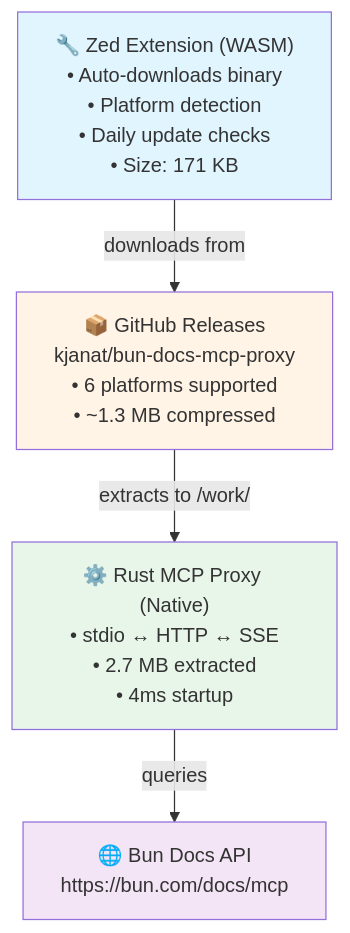
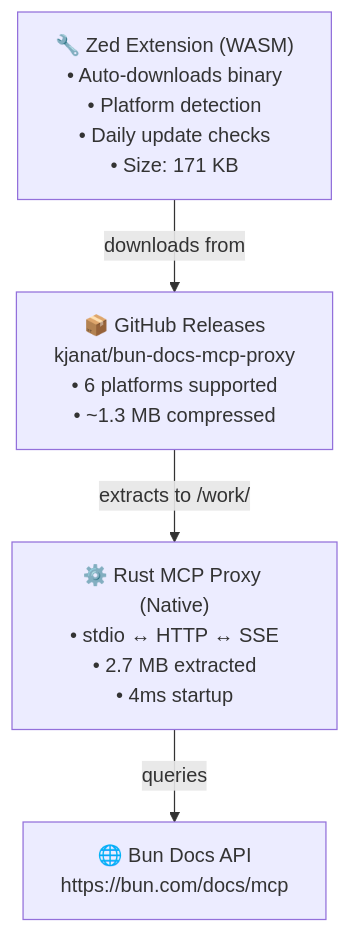
One commit to kjanat/bun-docs-mcp-zed changed the diagram in README.md. Above: the diagram before and after it, drawn with Mermaid. The commit also changed other lines of this file, not shown here.

````diff
--- a/README.md
+++ b/README.md
@@ -58,16 +61,11 @@
 ```mermaid
 flowchart TD
     A["🔧 Zed Extension (WASM)<br/>• Auto-downloads binary<br/>• Platform detection<br/>• Daily update checks<br/>• Size: 171 KB"]
     B["📦 GitHub Releases<br/>kjanat/bun-docs-mcp-proxy<br/>• 6 platforms supported<br/>• ~1.3 MB compressed"]
     C["⚙️ Rust MCP Proxy (Native)<br/>• stdio ↔ HTTP ↔ SSE<br/>• 2.7 MB extracted<br/>• 4ms startup"]
     D["🌐 Bun Docs API<br/>https://bun.com/docs/mcp"]
 
     A -->|"downloads from"| B
     B -->|"extracts to /work/"| C
     C -->|"queries"| D
-
-    style A fill:#e1f5ff
-    style B fill:#fff4e6
-    style C fill:#e8f5e9
-    style D fill:#f3e5f5
 ```
````
